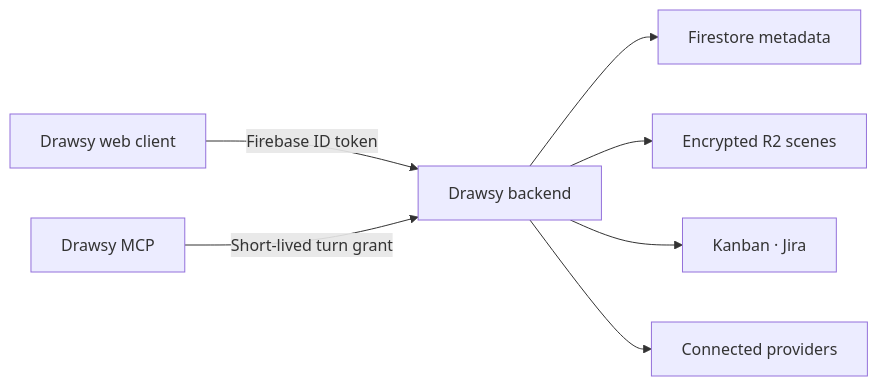
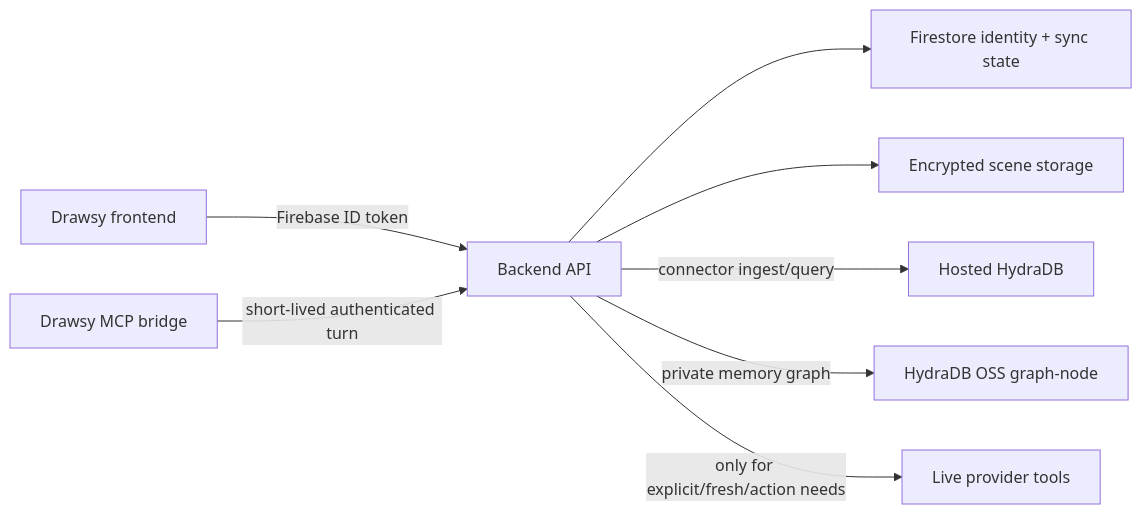
The first of 2 diagrams in README.md (adarshnagrikar14/drawsy-ai-backend), drawn with Mermaid before and after one commit. The commit also changed other lines of this file, not shown here.

Commit message:
docs(backend): update Hack Hydra submission notes and evaluation guidance in README

````diff
--- a/README.md
+++ b/README.md
@@ -9,9 +17,10 @@
 ```mermaid
 flowchart LR
-  Client["Drawsy web client"] -->|"Firebase ID token"| API["Drawsy backend"]
-  API --> Firestore["Firestore metadata"]
-  API --> R2["Encrypted R2 scenes"]
-  API --> Resources["Kanban · Jira"]
-  API --> Providers["Connected providers"]
-  Agent["Drawsy MCP"] -->|"Short-lived turn grant"| API
+  Client["Drawsy frontend"] -->|Firebase ID token| API["Backend API"]
+  Bridge["Drawsy MCP bridge"] -->|short-lived authenticated turn| API
+  API --> Firestore["Firestore identity + sync state"]
+  API --> R2["Encrypted scene storage"]
+  API -->|connector ingest/query| Hosted["Hosted HydraDB"]
+  API -->|private memory graph| OSS["HydraDB OSS graph-node"]
+  API -->|only for explicit/fresh/action needs| Providers["Live provider tools"]
 ```
````
